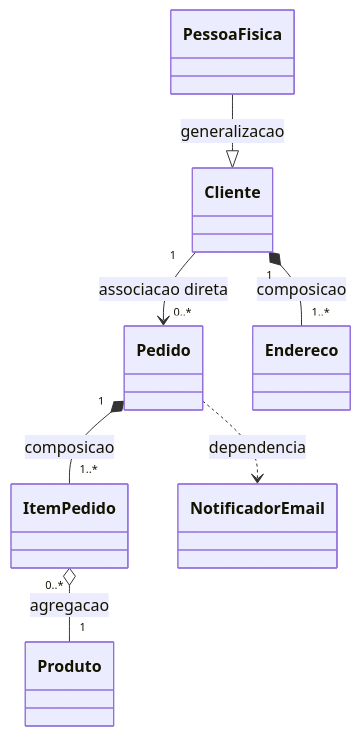
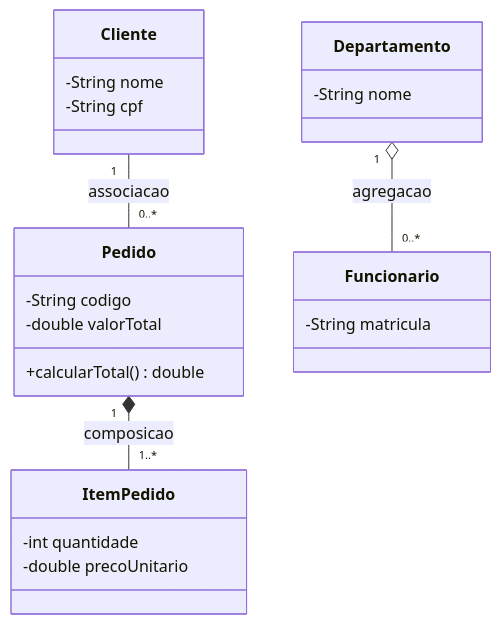
Before and after one commit to murilolol/unifef: diagram 15 of 24 in 4º Semestre/[Prof. Wesley Soares] Engenharia de Software II/Resumos-IA/Simulados-Comentados.md, drawn with Mermaid. The commit also changed other lines of this file and 10 other files, not shown here.

````diff
--- a/4º Semestre/[Prof. Wesley Soares] Engenharia de Software II/Resumos-IA/Simulados-Comentados.md
+++ b/4º Semestre/[Prof. Wesley Soares] Engenharia de Software II/Resumos-IA/Simulados-Comentados.md
@@ -785,17 +806,26 @@
 ```mermaid
 classDiagram
- class Cliente
- class Pedido
- class ItemPedido
- class Produto
- class Endereco
- class NotificadorEmail
- class PessoaFisica
+    class Pedido {
+        -String codigo
+        -double valorTotal
+        +calcularTotal() double
+    }
+    class ItemPedido {
+        -int quantidade
+        -double precoUnitario
+    }
+    class Cliente {
+        -String nome
+        -String cpf
+    }
+    class Departamento {
+        -String nome
+    }
+    class Funcionario {
+        -String matricula
+    }
 
- Cliente "1" --> "0..*" Pedido : associacao direta
- Pedido "1" *-- "1..*" ItemPedido : composicao
- ItemPedido "0..*" o-- "1" Produto : agregacao
- Cliente "1" *-- "1..*" Endereco : composicao
- PessoaFisica --|> Cliente : generalizacao
- Pedido ..> NotificadorEmail : dependencia
+    Cliente "1" -- "0..*" Pedido : associacao
+    Pedido "1" *-- "1..*" ItemPedido : composicao
+    Departamento "1" o-- "0..*" Funcionario : agregacao
 ```
````
